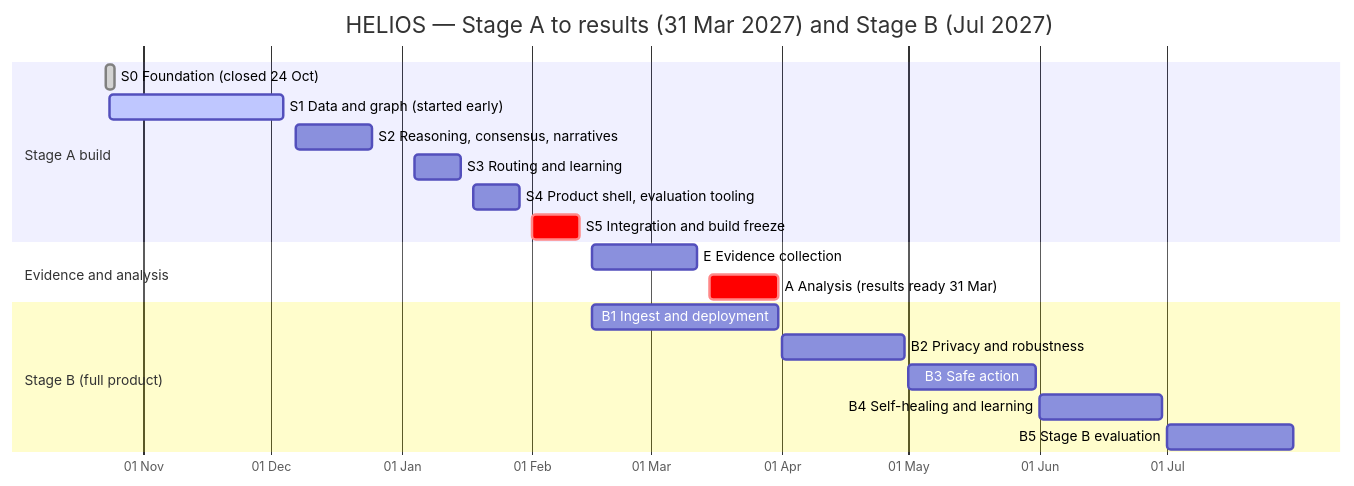
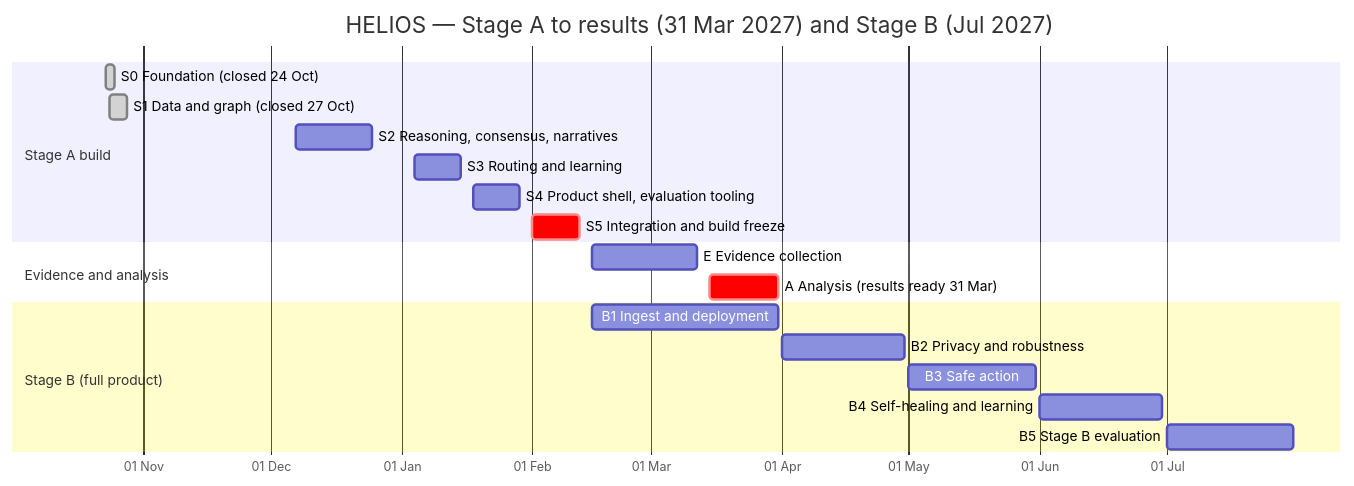
Before and after one commit to akshayadik/helios-mvp: the first of 2 diagrams in docs/tracking/dashboard.md, drawn with Mermaid. The commit also changed other lines of this file and 8 other files, not shown here.

````diff
--- a/docs/tracking/dashboard.md
+++ b/docs/tracking/dashboard.md
@@ -11,25 +11,25 @@
 ```mermaid
 gantt
     title HELIOS — Stage A to results (31 Mar 2027) and Stage B (Jul 2027)
     dateFormat YYYY-MM-DD
     axisFormat %d %b
 
     section Stage A build
     S0 Foundation (closed 24 Oct)        :done, s0, 2026-10-23, 2d
-    S1 Data and graph (started early)    :active, s1, 2026-10-24, 2026-12-04
+    S1 Data and graph (closed 27 Oct)    :done, s1, 2026-10-24, 4d
     S2 Reasoning, consensus, narratives  :s2, 2026-12-07, 2026-12-25
     S3 Routing and learning              :s3, 2027-01-04, 2027-01-15
     S4 Product shell, evaluation tooling :s4, 2027-01-18, 2027-01-29
     S5 Integration and build freeze      :crit, s5, 2027-02-01, 2027-02-12
 
     section Evidence and analysis
     E Evidence collection                :e, 2027-02-15, 2027-03-12
     A Analysis (results ready 31 Mar)    :crit, a, 2027-03-15, 2027-03-31
 
     section Stage B (full product)
     B1 Ingest and deployment             :b1, 2027-02-15, 2027-03-31
     B2 Privacy and robustness            :b2, 2027-04-01, 2027-04-30
     B3 Safe action                       :b3, 2027-05-01, 2027-05-31
     B4 Self-healing and learning         :b4, 2027-06-01, 2027-06-30
     B5 Stage B evaluation                :b5, 2027-07-01, 2027-07-31
 ```
````
